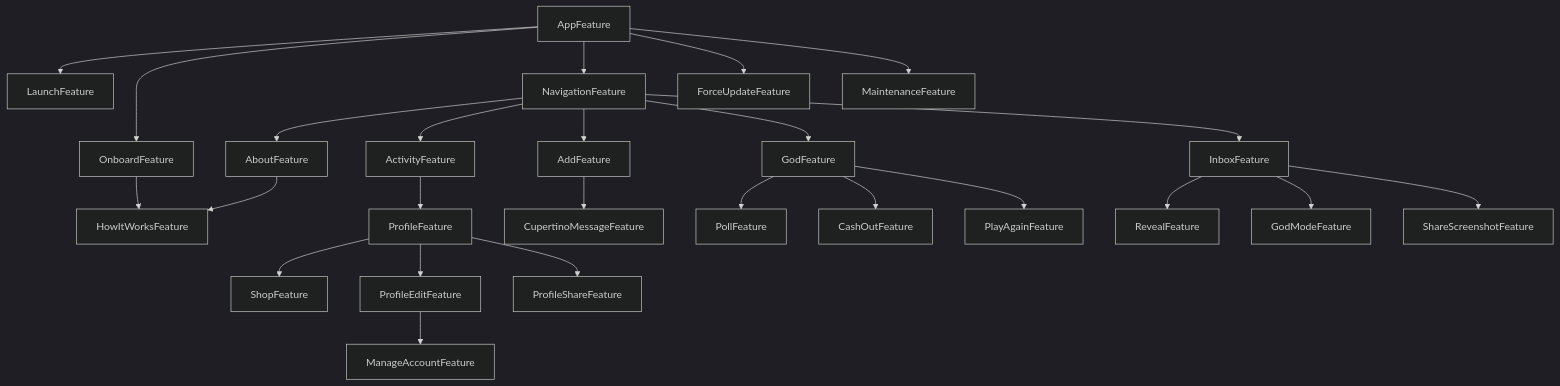
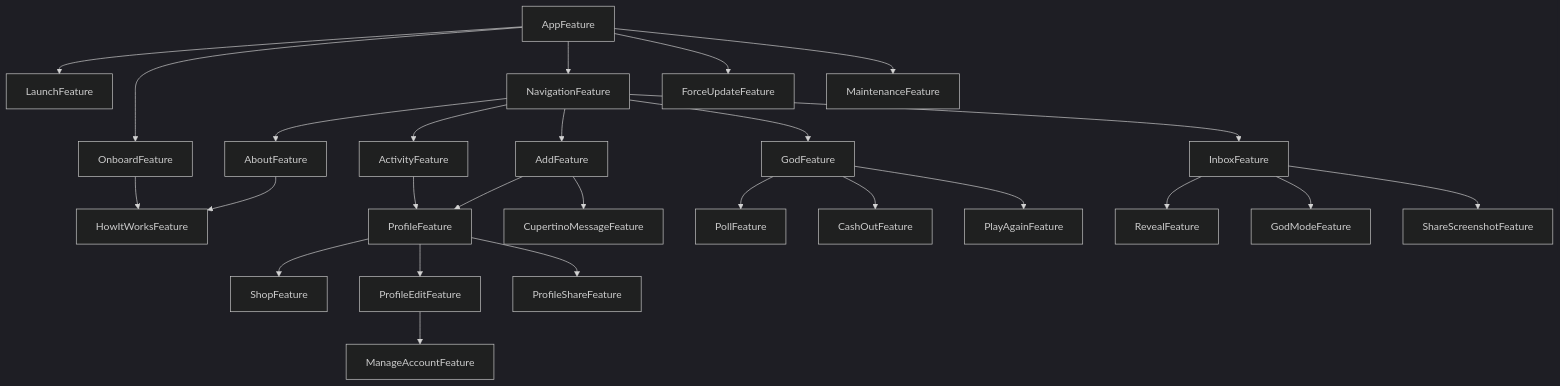
Before and after one commit to 0x1-company/god-ios: the diagram in Packages/GodPackage/README.md, drawn with Mermaid (dark theme). The commit also changed 1 other file, not shown here.

Commit message:
chore: 🤖 dgraph

````diff
--- a/Packages/GodPackage/README.md
+++ b/Packages/GodPackage/README.md
@@ -6,27 +6,28 @@
 ```mermaid
 graph TD;
     AboutFeature-->HowItWorksFeature;
     ActivityFeature-->ProfileFeature;
+    AddFeature-->ProfileFeature;
     AddFeature-->CupertinoMessageFeature;
     AppFeature-->LaunchFeature;
     AppFeature-->OnboardFeature;
     AppFeature-->NavigationFeature;
     AppFeature-->ForceUpdateFeature;
     AppFeature-->MaintenanceFeature;
     GodFeature-->PollFeature;
     GodFeature-->CashOutFeature;
     GodFeature-->PlayAgainFeature;
     InboxFeature-->RevealFeature;
     InboxFeature-->GodModeFeature;
     InboxFeature-->ShareScreenshotFeature;
     NavigationFeature-->AboutFeature;
     NavigationFeature-->ActivityFeature;
     NavigationFeature-->AddFeature;
     NavigationFeature-->GodFeature;
     NavigationFeature-->InboxFeature;
     OnboardFeature-->HowItWorksFeature;
     ProfileEditFeature-->ManageAccountFeature;
     ProfileFeature-->ShopFeature;
     ProfileFeature-->ProfileEditFeature;
     ProfileFeature-->ProfileShareFeature;
 ```
````
